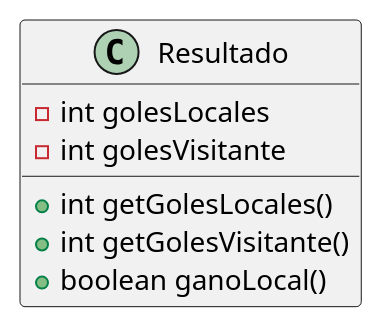
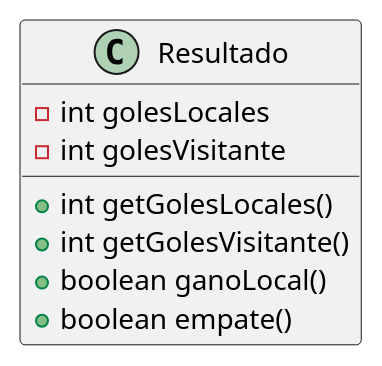
The diagram in TP2/resultado.puml (tatiAndonegui/TrabajoPractico2), drawn with PlantUML before and after one commit. The commit also changed 2 other files, not shown here.

```diff
--- a/TP2/resultado.puml
+++ b/TP2/resultado.puml
@@ -1,9 +1,10 @@
 @startuml
 class Resultado {
 - int golesLocales
 - int golesVisitante
 + int getGolesLocales()
 + int getGolesVisitante()
 + boolean ganoLocal()
++ boolean empate()
 }
 @enduml
```
